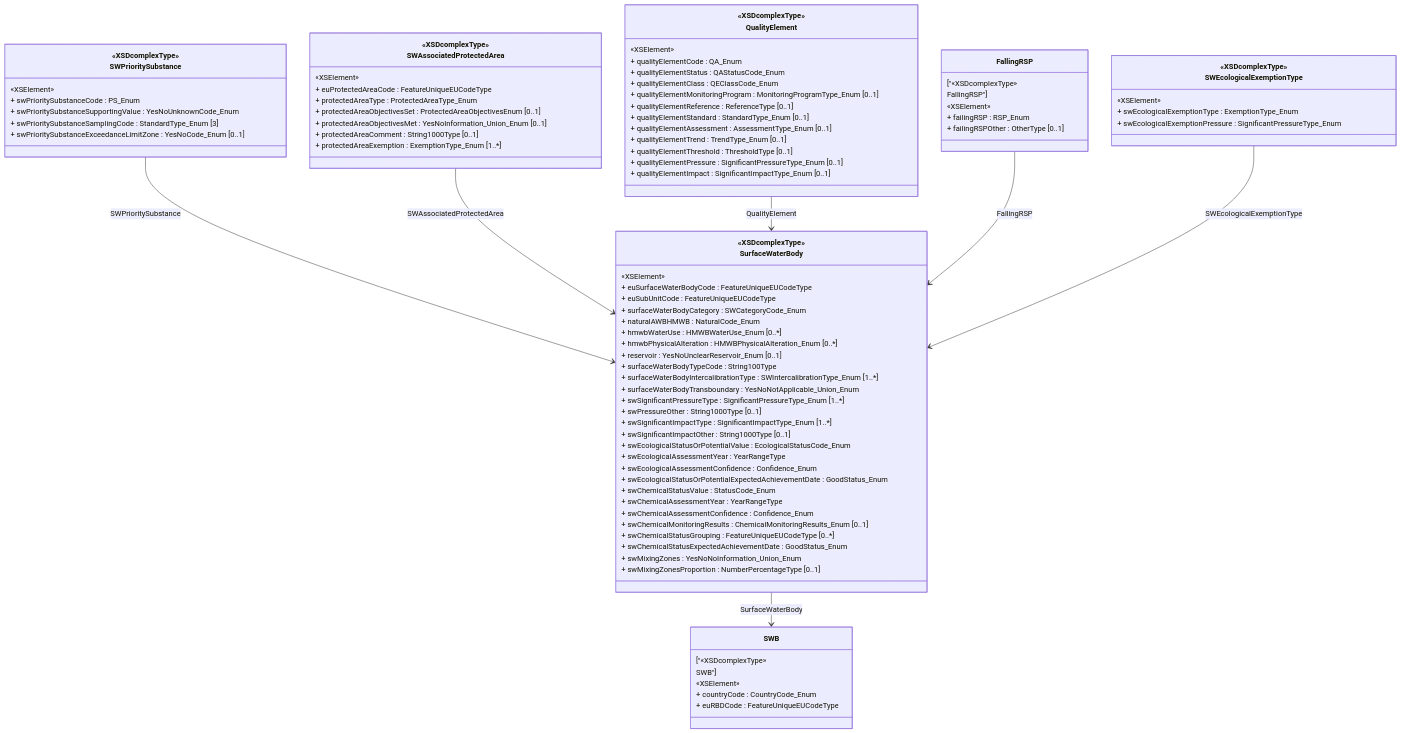
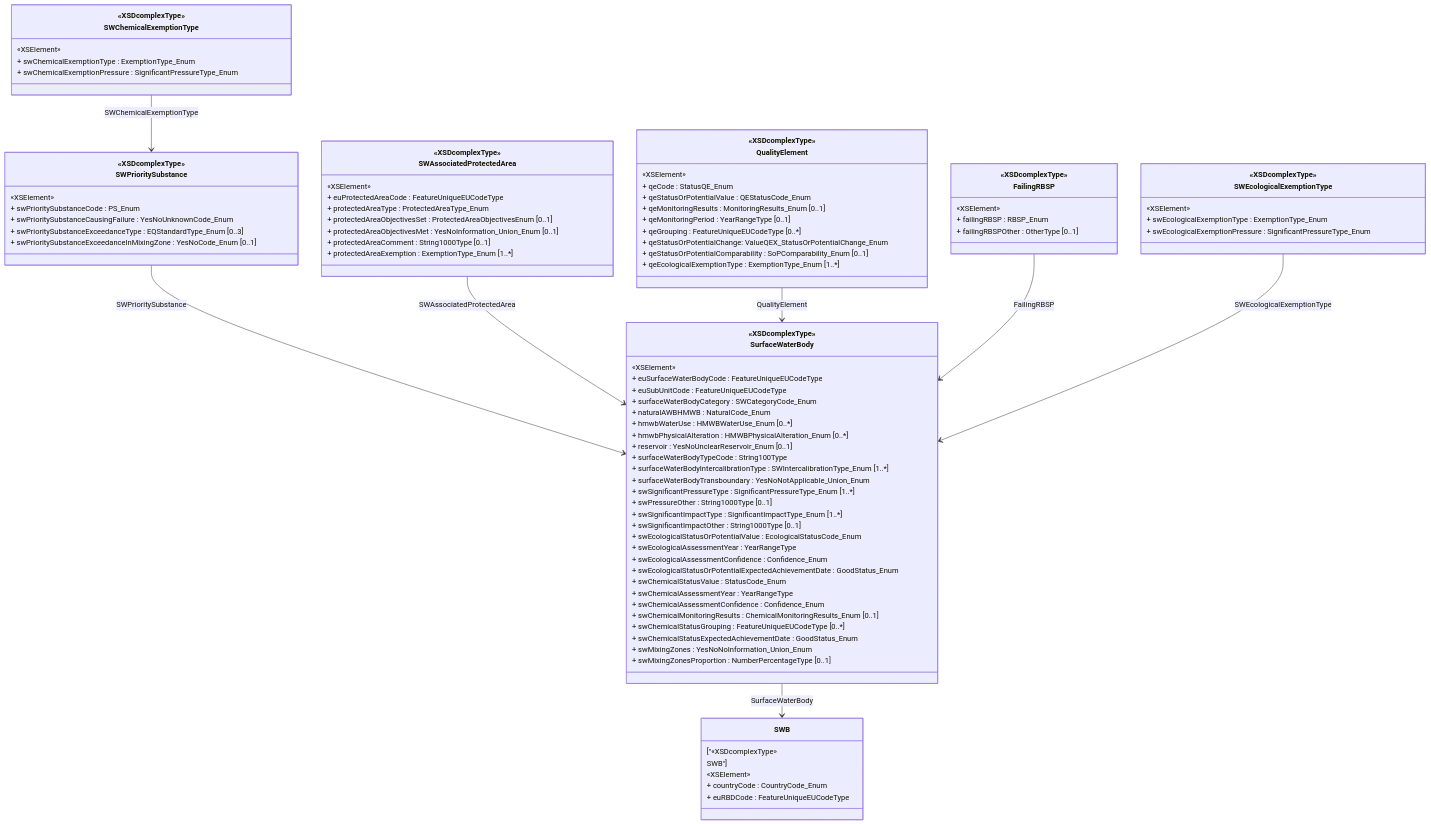
Before and after one commit to eeadata/WISE.WFD.Documentation: the diagram in docs/DataModelReview/mmd/SurfaceWater_3rdCycle_SWB_ClassDiagram.mmd, drawn with Mermaid. The commit also changed 8 other files, not shown here.

Commit message:
Minor edits. Adding the SWB and GWB diagrams for the 3rd cycle.

```diff
--- a/docs/DataModelReview/mmd/SurfaceWater_3rdCycle_SWB_ClassDiagram.mmd
+++ b/docs/DataModelReview/mmd/SurfaceWater_3rdCycle_SWB_ClassDiagram.mmd
@@ -1,99 +1,105 @@
 %%{init : {'theme' : 'default'}}%%
 
 classDiagram
+
+class SWChemicalExemptionType ["«XSDcomplexType»
+SWChemicalExemptionType"]  {
+  «XSElement»
+  + swChemicalExemptionType : ExemptionType_Enum
+  + swChemicalExemptionPressure : SignificantPressureType_Enum
+}
+
+
 class SWPrioritySubstance ["«XSDcomplexType»
 SWPrioritySubstance"]  {
   «XSElement»
   + swPrioritySubstanceCode : PS_Enum
-  + swPrioritySubstanceSupportingValue : YesNoUnknownCode_Enum
-  + swPrioritySubstanceSamplingCode : StandardType_Enum [3]
-  + swPrioritySubstanceExceedanceLimitZone : YesNoCode_Enum [0..1]
+  + swPrioritySubstanceCausingFailure : YesNoUnknownCode_Enum
+  + swPrioritySubstanceExceedanceType : EQStandardType_Enum [0..3]
+  + swPrioritySubstanceExceedanceInMixingZone : YesNoCode_Enum [0..1]
 }
 
 class SWAssociatedProtectedArea ["«XSDcomplexType»
 SWAssociatedProtectedArea"]  {
   «XSElement»
   + euProtectedAreaCode : FeatureUniqueEUCodeType
   + protectedAreaType : ProtectedAreaType_Enum
   + protectedAreaObjectivesSet : ProtectedAreaObjectivesEnum [0..1]
   + protectedAreaObjectivesMet : YesNoInformation_Union_Enum [0..1]
   + protectedAreaComment : String1000Type [0..1]
   + protectedAreaExemption : ExemptionType_Enum [1..*]
 }
 
 class QualityElement ["«XSDcomplexType»
 QualityElement"]  {
   «XSElement»
-  + qualityElementCode : QA_Enum
-  + qualityElementStatus : QAStatusCode_Enum
-  + qualityElementClass : QEClassCode_Enum
-  + qualityElementMonitoringProgram : MonitoringProgramType_Enum [0..1]
-  + qualityElementReference : ReferenceType [0..1]
-  + qualityElementStandard : StandardType_Enum [0..1]
-  + qualityElementAssessment : AssessmentType_Enum [0..1]
-  + qualityElementTrend : TrendType_Enum [0..1]
-  + qualityElementThreshold : ThresholdType [0..1]
-  + qualityElementPressure : SignificantPressureType_Enum [0..1]
-  + qualityElementImpact : SignificantImpactType_Enum [0..1]
+  + qeCode : StatusQE_Enum
+  + qeStatusOrPotentialValue : QEStatusCode_Enum
+  + qeMonitoringResults : MonitoringResults_Enum [0..1]
+  + qeMonitoringPeriod : YearRangeType [0..1]
+  + qeGrouping : FeatureUniqueEUCodeType [0..*]
+  + qeStatusOrPotentialChange: ValueQEX_StatusOrPotentialChange_Enum
+  + qeStatusOrPotentialComparability : SoPComparability_Enum [0..1]
+  + qeEcologicalExemptionType : ExemptionType_Enum [1..*]
 }
 
-class FallingRSP {
-  ["«XSDcomplexType»
-FallingRSP"] 
+class FailingRBSP ["«XSDcomplexType»
+FailingRBSP"]{
   «XSElement»
-  + failingRSP : RSP_Enum
-  + failingRSPOther : OtherType [0..1]
+  + failingRBSP : RBSP_Enum
+  + failingRBSPOther : OtherType [0..1]
 }
 
 class SWEcologicalExemptionType ["«XSDcomplexType»
 SWEcologicalExemptionType"]  {
   «XSElement»
   + swEcologicalExemptionType : ExemptionType_Enum
   + swEcologicalExemptionPressure : SignificantPressureType_Enum
 }
 
 class SurfaceWaterBody ["«XSDcomplexType»
 SurfaceWaterBody"]  {
   «XSElement»
   + euSurfaceWaterBodyCode : FeatureUniqueEUCodeType
   + euSubUnitCode : FeatureUniqueEUCodeType
   + surfaceWaterBodyCategory : SWCategoryCode_Enum
   + naturalAWBHMWB : NaturalCode_Enum
   + hmwbWaterUse : HMWBWaterUse_Enum [0..*]
   + hmwbPhysicalAlteration : HMWBPhysicalAlteration_Enum [0..*]
   + reservoir : YesNoUnclearReservoir_Enum [0..1]
   + surfaceWaterBodyTypeCode : String100Type
   + surfaceWaterBodyIntercalibrationType : SWIntercalibrationType_Enum [1..*]
   + surfaceWaterBodyTransboundary : YesNoNotApplicable_Union_Enum
   + swSignificantPressureType : SignificantPressureType_Enum [1..*]
   + swPressureOther : String1000Type [0..1]
   + swSignificantImpactType : SignificantImpactType_Enum [1..*]
   + swSignificantImpactOther : String1000Type [0..1]
   + swEcologicalStatusOrPotentialValue : EcologicalStatusCode_Enum
   + swEcologicalAssessmentYear : YearRangeType
   + swEcologicalAssessmentConfidence : Confidence_Enum
   + swEcologicalStatusOrPotentialExpectedAchievementDate : GoodStatus_Enum
   + swChemicalStatusValue : StatusCode_Enum
   + swChemicalAssessmentYear : YearRangeType
   + swChemicalAssessmentConfidence : Confidence_Enum
   + swChemicalMonitoringResults : ChemicalMonitoringResults_Enum [0..1]
   + swChemicalStatusGrouping : FeatureUniqueEUCodeType [0..*]
   + swChemicalStatusExpectedAchievementDate : GoodStatus_Enum
   + swMixingZones : YesNoNoInformation_Union_Enum
   + swMixingZonesProportion : NumberPercentageType [0..1]
 }
 
 class SWB {
   ["«XSDcomplexType»
 SWB"] 
   «XSElement»
   + countryCode : CountryCode_Enum
   + euRBDCode : FeatureUniqueEUCodeType
 }
 
+SWChemicalExemptionType --> SWPrioritySubstance  : SWChemicalExemptionType
 SWPrioritySubstance --> SurfaceWaterBody  : SWPrioritySubstance
 SWAssociatedProtectedArea --> SurfaceWaterBody  : SWAssociatedProtectedArea
 QualityElement --> SurfaceWaterBody  : QualityElement
-FallingRSP --> SurfaceWaterBody  : FallingRSP
+FailingRBSP --> SurfaceWaterBody  : FailingRBSP
 SWEcologicalExemptionType --> SurfaceWaterBody  : SWEcologicalExemptionType
 SurfaceWaterBody --> SWB  : SurfaceWaterBody
```
